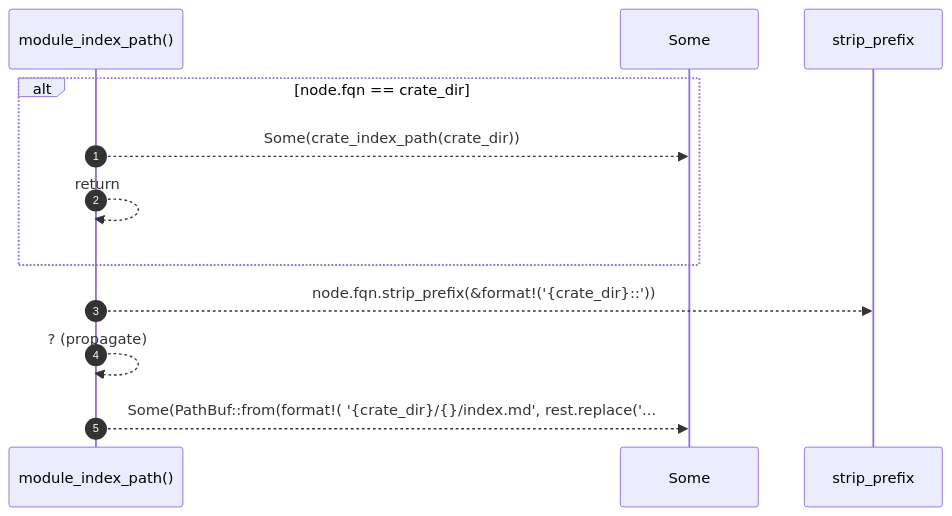
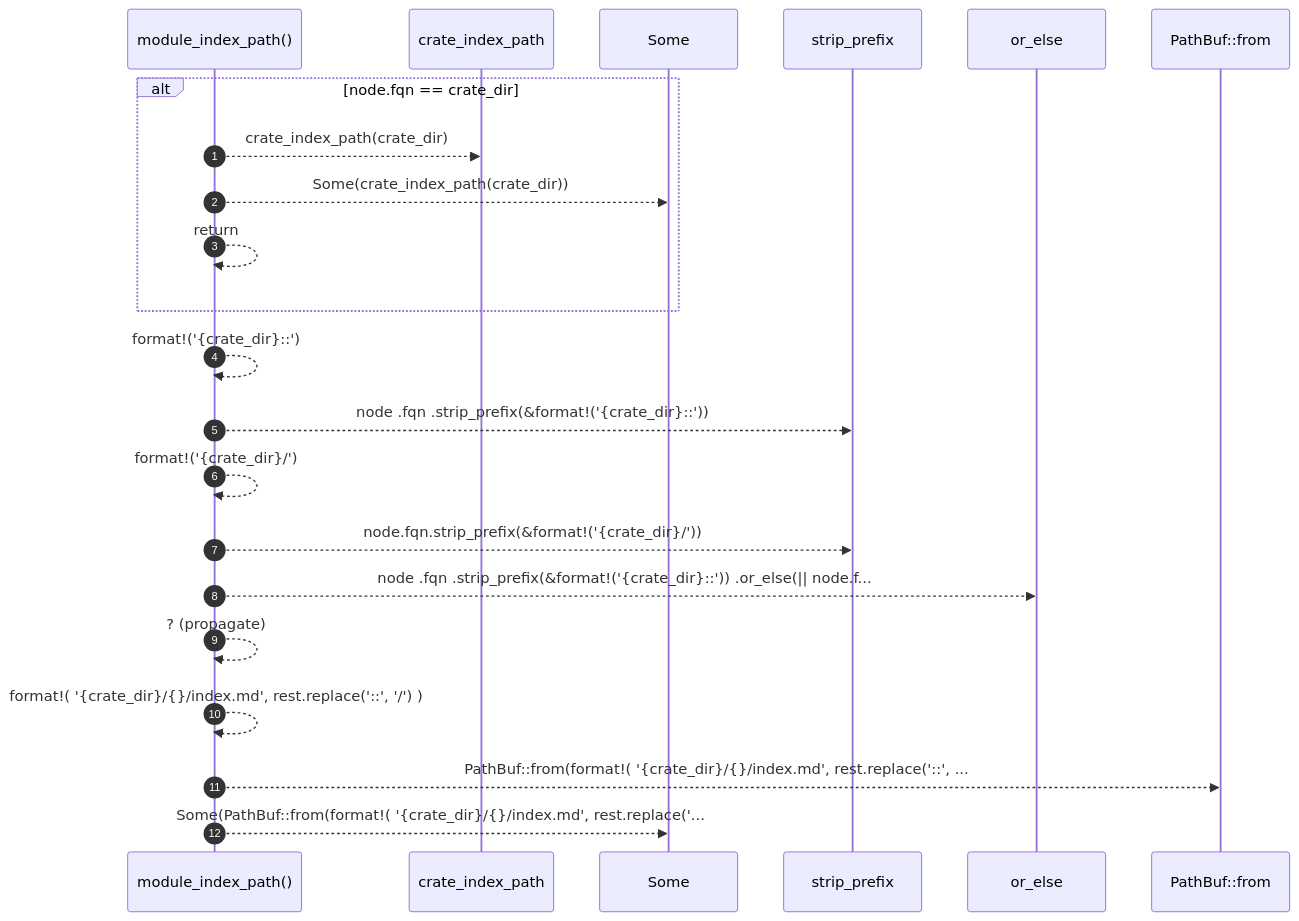
Before and after one commit to RyanGuild/self-describing-code: the diagram in docs/self-model/robby_render/tree/module-index-path.md, drawn with Mermaid. The commit also changed other lines of this file and 1404 other files, not shown here.

````diff
--- a/docs/self-model/robby_render/tree/module-index-path.md
+++ b/docs/self-model/robby_render/tree/module-index-path.md
@@ -28,14 +31,24 @@
 ```mermaid
 sequenceDiagram
     autonumber
     participant module_index_path as module_index_path()
+    participant crate_index_path as crate_index_path
     participant Some as Some
     participant strip_prefix as strip_prefix
+    participant or_else as or_else
+    participant PathBuf__from as PathBuf::from
     alt node.fqn == crate_dir
+    module_index_path-->>crate_index_path: crate_index_path(crate_dir)
     module_index_path-->>Some: Some(crate_index_path(crate_dir))
     module_index_path-->>module_index_path: return
     end
-    module_index_path-->>strip_prefix: node.fqn.strip_prefix(&format!('{crate_dir}::'))
+    module_index_path-->>module_index_path: format!('{crate_dir}::')
+    module_index_path-->>strip_prefix: node .fqn .strip_prefix(&format!('{crate_dir}::'))
+    module_index_path-->>module_index_path: format!('{crate_dir}/')
+    module_index_path-->>strip_prefix: node.fqn.strip_prefix(&format!('{crate_dir}/'))
+    module_index_path-->>or_else: node .fqn .strip_prefix(&format!('{crate_dir}::')) .or_else(|| node.f...
     module_index_path-->>module_index_path: ? (propagate)
+    module_index_path-->>module_index_path: format!( '{crate_dir}/{}/index.md', rest.replace('::', '/') )
+    module_index_path-->>PathBuf__from: PathBuf::from(format!( '{crate_dir}/{}/index.md', rest.replace('::', ...
     module_index_path-->>Some: Some(PathBuf::from(format!( '{crate_dir}/{}/index.md', rest.replace('...
 ```
````
